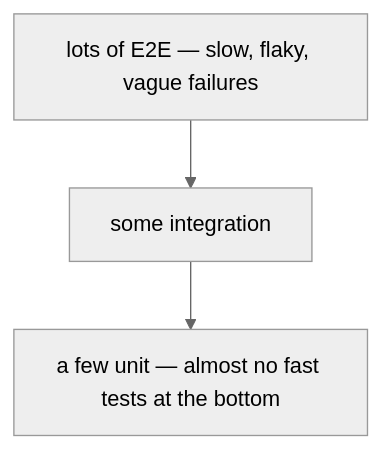
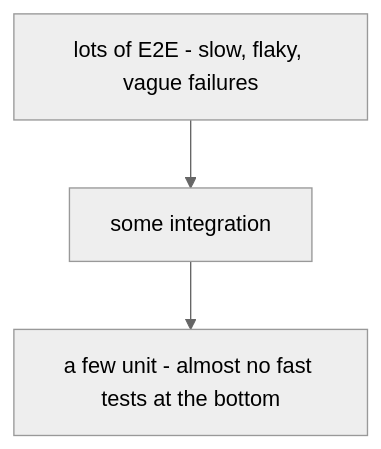
Before and after one commit to Topurrra/themissingmanual: the diagram in guides/testing/unit-integration-e2e/03-getting-the-mix-right.md, drawn with Mermaid (neutral theme). The commit also changed other lines of this file and 1072 other files, not shown here.

````diff
--- a/guides/testing/unit-integration-e2e/03-getting-the-mix-right.md
+++ b/guides/testing/unit-integration-e2e/03-getting-the-mix-right.md
@@ -56,7 +56,7 @@
 ```mermaid
 flowchart TD
-  E2E[lots of E2E — slow, flaky, vague failures]
+  E2E[lots of E2E - slow, flaky, vague failures]
   Integ[some integration]
-  Unit[a few unit — almost no fast tests at the bottom]
+  Unit[a few unit - almost no fast tests at the bottom]
   E2E --> Integ --> Unit
 ```
````
